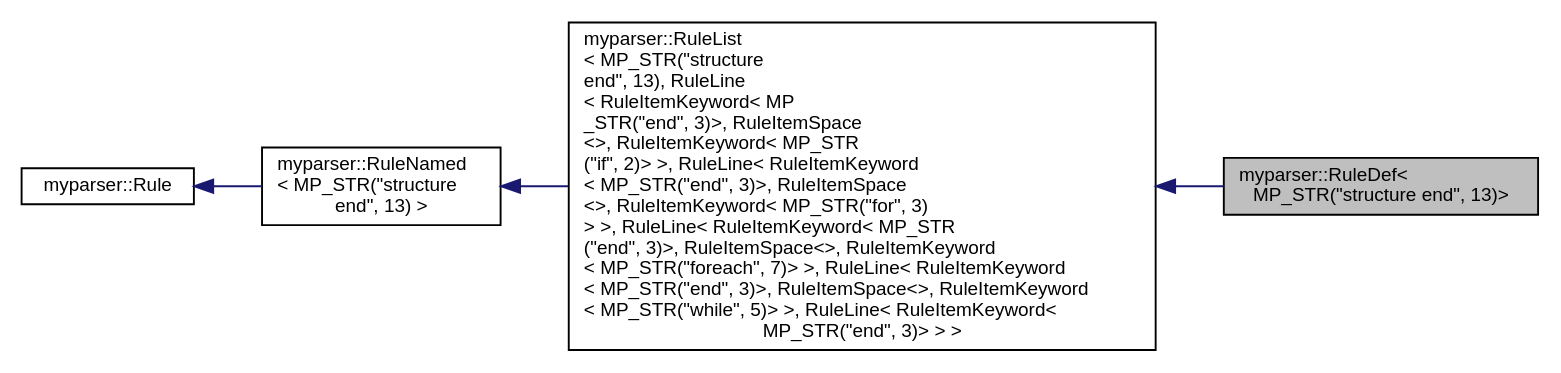
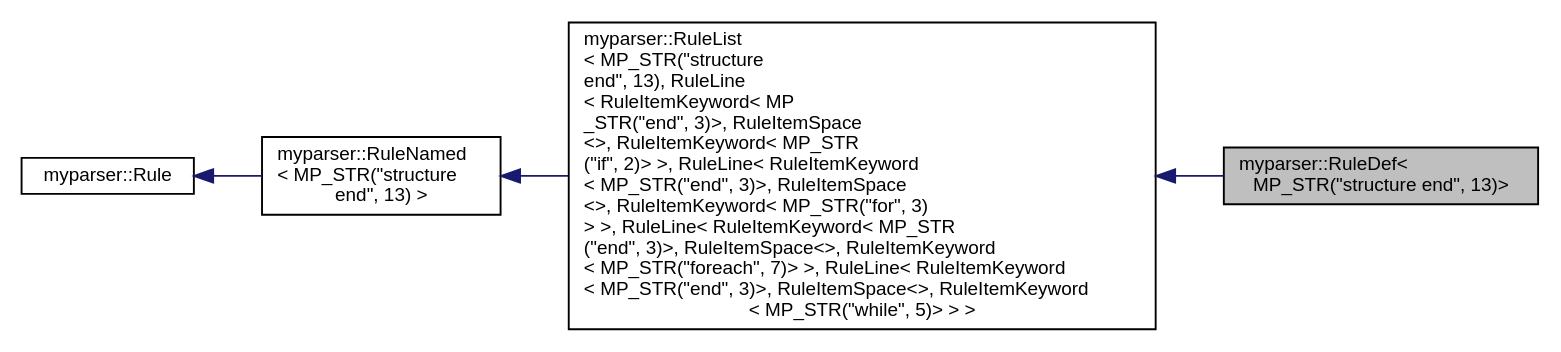
Before and after one commit to gaocegege/CompilerLab: the diagram in classmyparser_1_1RuleDef_3_01MP__STR_07"structure_01end"_00_0113_08_4__inherit__graph.dot, drawn with Graphviz. The commit also changed 675 other files, not shown here.

```diff
--- a/classmyparser_1_1RuleDef_3_01MP__STR_07"structure_01end"_00_0113_08_4__inherit__graph.dot
+++ b/classmyparser_1_1RuleDef_3_01MP__STR_07"structure_01end"_00_0113_08_4__inherit__graph.dot
@@ -1,13 +1,13 @@
 digraph "myparser::RuleDef&lt; MP_STR(&quot;structure end&quot;, 13)&gt;"
 {
   edge [fontname="Helvetica",fontsize="10",labelfontname="Helvetica",labelfontsize="10"];
   node [fontname="Helvetica",fontsize="10",shape=record];
   rankdir="LR";
   Node1 [label="myparser::RuleDef\<\l MP_STR(\"structure end\", 13)\>",height=0.2,width=0.4,color="black", fillcolor="grey75", style="filled" fontcolor="black"];
   Node2 -> Node1 [dir="back",color="midnightblue",fontsize="10",style="solid",fontname="Helvetica"];
-  Node2 [label="myparser::RuleList\l\< MP_STR(\"structure\l end\", 13), RuleLine\l\< RuleItemKeyword\< MP\l_STR(\"end\", 3)\>, RuleItemSpace\l\<\>, RuleItemKeyword\< MP_STR\l(\"if\", 2)\> \>, RuleLine\< RuleItemKeyword\l\< MP_STR(\"end\", 3)\>, RuleItemSpace\l\<\>, RuleItemKeyword\< MP_STR(\"for\", 3)\l\> \>, RuleLine\< RuleItemKeyword\< MP_STR\l(\"end\", 3)\>, RuleItemSpace\<\>, RuleItemKeyword\l\< MP_STR(\"foreach\", 7)\> \>, RuleLine\< RuleItemKeyword\l\< MP_STR(\"end\", 3)\>, RuleItemSpace\<\>, RuleItemKeyword\l\< MP_STR(\"while\", 5)\> \>, RuleLine\< RuleItemKeyword\<\l MP_STR(\"end\", 3)\> \> \>",height=0.2,width=0.4,color="black", fillcolor="white", style="filled",URL="$classmyparser_1_1RuleList.html"];
+  Node2 [label="myparser::RuleList\l\< MP_STR(\"structure\l end\", 13), RuleLine\l\< RuleItemKeyword\< MP\l_STR(\"end\", 3)\>, RuleItemSpace\l\<\>, RuleItemKeyword\< MP_STR\l(\"if\", 2)\> \>, RuleLine\< RuleItemKeyword\l\< MP_STR(\"end\", 3)\>, RuleItemSpace\l\<\>, RuleItemKeyword\< MP_STR(\"for\", 3)\l\> \>, RuleLine\< RuleItemKeyword\< MP_STR\l(\"end\", 3)\>, RuleItemSpace\<\>, RuleItemKeyword\l\< MP_STR(\"foreach\", 7)\> \>, RuleLine\< RuleItemKeyword\l\< MP_STR(\"end\", 3)\>, RuleItemSpace\<\>, RuleItemKeyword\l\< MP_STR(\"while\", 5)\> \> \>",height=0.2,width=0.4,color="black", fillcolor="white", style="filled",URL="$classmyparser_1_1RuleList.html"];
   Node3 -> Node2 [dir="back",color="midnightblue",fontsize="10",style="solid",fontname="Helvetica"];
   Node3 [label="myparser::RuleNamed\l\< MP_STR(\"structure\l end\", 13) \>",height=0.2,width=0.4,color="black", fillcolor="white", style="filled",URL="$classmyparser_1_1RuleNamed.html"];
   Node4 -> Node3 [dir="back",color="midnightblue",fontsize="10",style="solid",fontname="Helvetica"];
   Node4 [label="myparser::Rule",height=0.2,width=0.4,color="black", fillcolor="white", style="filled",URL="$classmyparser_1_1Rule.html"];
 }
```
